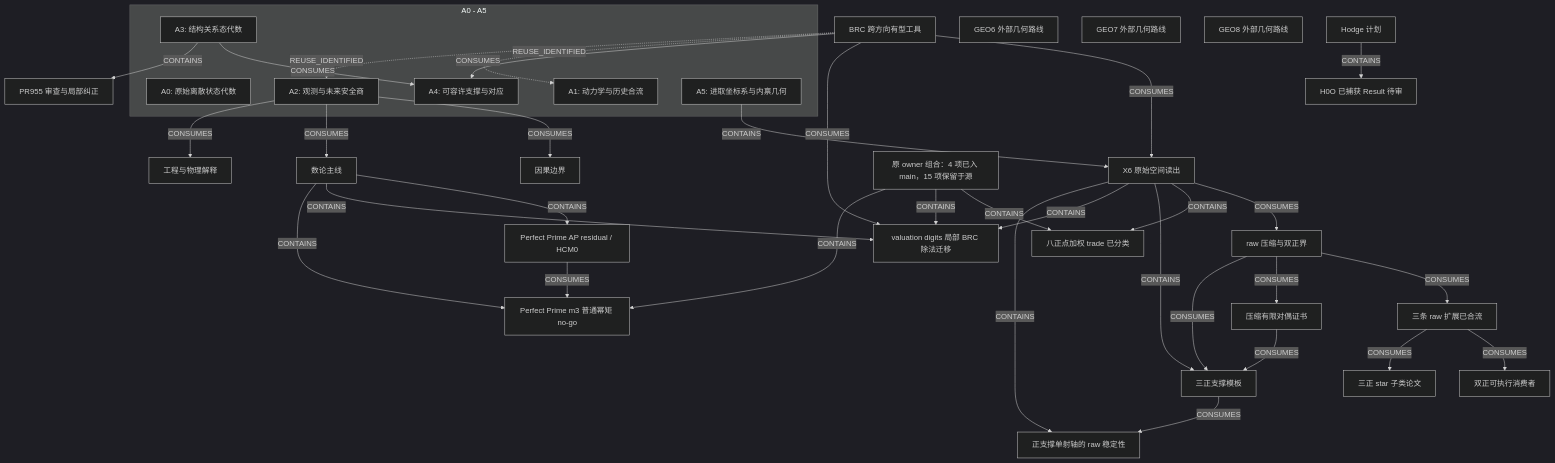
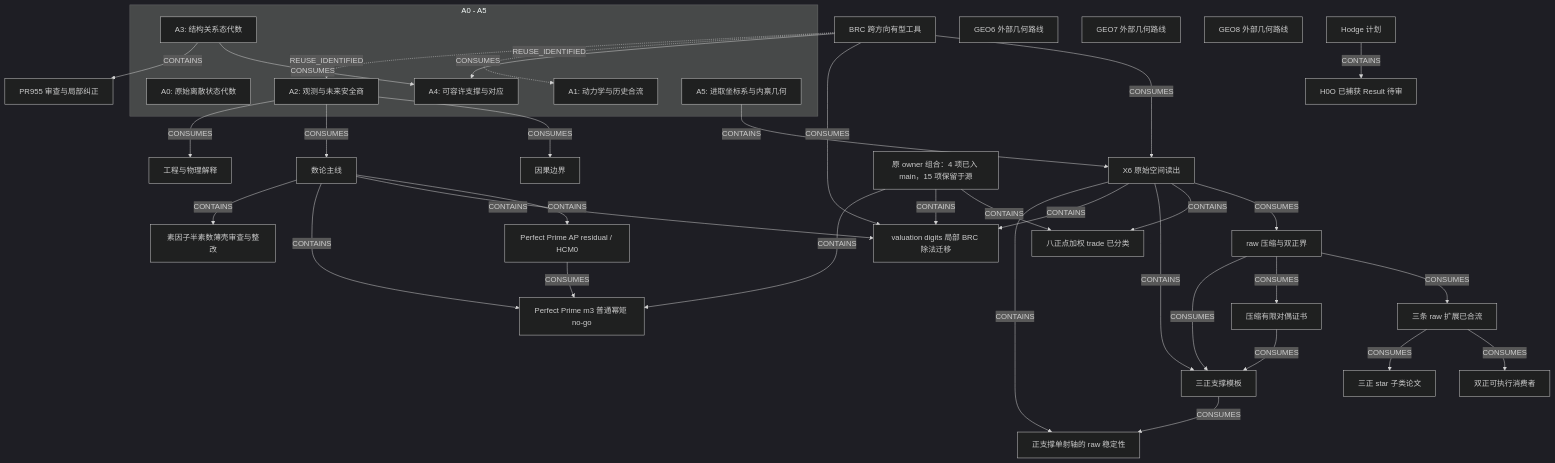
The diagram in docs/RESEARCH_PROGRESS_MAP.zh-CN.md (awdawmip/enterprise-math), drawn with Mermaid (dark theme) before and after one commit. The commit also changed other lines of this file and 2 other files, not shown here.

Commit message:
Map the PFSSV revision frontier with exact source and review bindings

````diff
--- a/docs/RESEARCH_PROGRESS_MAP.zh-CN.md
+++ b/docs/RESEARCH_PROGRESS_MAP.zh-CN.md
@@ -15,65 +15,67 @@
 ```mermaid
 flowchart TB
   subgraph homes["A0 - A5"]
     A0["A0: 原始离散状态代数"]
     A1["A1: 动力学与历史合流"]
     A2["A2: 观测与未来安全商"]
     A3["A3: 结构关系态代数"]
     A4["A4: 可容许支撑与对应"]
     A5["A5: 进取坐标系与内禀几何"]
   end
   BRC["BRC 跨方向有型工具"]
   X6["X6 原始空间读出"]
   RAW_PAPER["raw 压缩与双正界"]
   RAW_EXT["三条 raw 扩展已合流"]
   P2_CONSUMER["双正可执行消费者"]
   STAR["三正 star 子类论文"]
   RAW_DUAL["压缩有限对偶证书"]
   A3_A4_REVIEW["PR955 审查与局部纠正"]
   NUMBER_THEORY["数论主线"]
   PERFECT_PRIME["Perfect Prime AP residual / HCM0"]
   P021["因果边界"]
   E001["工程与物理解释"]
   GEO6["GEO6 外部几何路线"]
   GEO7["GEO7 外部几何路线"]
   GEO8["GEO8 外部几何路线"]
   HODGE["Hodge 计划"]
   H0O["H0O 已捕获 Result 待审"]
   OWNER_PORTFOLIO["原 owner 组合：4 项已入 main，15 项保留于源"]
   WEIGHTED_TRADE["八正点加权 trade 已分类"]
   P3_TEMPLATES["三正支撑模板"]
   VALUATION_DIGITS["valuation digits 局部 BRC 除法迁移"]
   PP_MOMENT_NOGO["Perfect Prime m3 普通幂矩 no-go"]
   INJECTIVE_AXIS_RAW["正支撑单射轴的 raw 稳定性"]
+  PFSSV_SHELL["素因子半素数薄壳审查与整改"]
   A3 -->|"CONSUMES"| A4
   BRC -->|"CONSUMES"| A4
   BRC -.->|"REUSE_IDENTIFIED"| A1
   BRC -.->|"REUSE_IDENTIFIED"| A2
   BRC -->|"CONSUMES"| X6
   A5 -->|"CONTAINS"| X6
   X6 -->|"CONSUMES"| RAW_PAPER
   RAW_PAPER -->|"CONSUMES"| RAW_EXT
   RAW_EXT -->|"CONSUMES"| P2_CONSUMER
   RAW_EXT -->|"CONSUMES"| STAR
   RAW_PAPER -->|"CONSUMES"| RAW_DUAL
   A3 -->|"CONTAINS"| A3_A4_REVIEW
   A2 -->|"CONSUMES"| P021
   A2 -->|"CONSUMES"| NUMBER_THEORY
   NUMBER_THEORY -->|"CONTAINS"| PERFECT_PRIME
   A2 -->|"CONSUMES"| E001
   HODGE -->|"CONTAINS"| H0O
   X6 -->|"CONTAINS"| WEIGHTED_TRADE
   OWNER_PORTFOLIO -->|"CONTAINS"| WEIGHTED_TRADE
   X6 -->|"CONTAINS"| P3_TEMPLATES
   RAW_PAPER -->|"CONSUMES"| P3_TEMPLATES
   RAW_DUAL -->|"CONSUMES"| P3_TEMPLATES
   NUMBER_THEORY -->|"CONTAINS"| VALUATION_DIGITS
   BRC -->|"CONSUMES"| VALUATION_DIGITS
   OWNER_PORTFOLIO -->|"CONTAINS"| VALUATION_DIGITS
   X6 -->|"CONTAINS"| VALUATION_DIGITS
   NUMBER_THEORY -->|"CONTAINS"| PP_MOMENT_NOGO
   PERFECT_PRIME -->|"CONSUMES"| PP_MOMENT_NOGO
   OWNER_PORTFOLIO -->|"CONTAINS"| PP_MOMENT_NOGO
   X6 -->|"CONTAINS"| INJECTIVE_AXIS_RAW
   P3_TEMPLATES -->|"CONSUMES"| INJECTIVE_AXIS_RAW
+  NUMBER_THEORY -->|"CONTAINS"| PFSSV_SHELL
 ```
````
